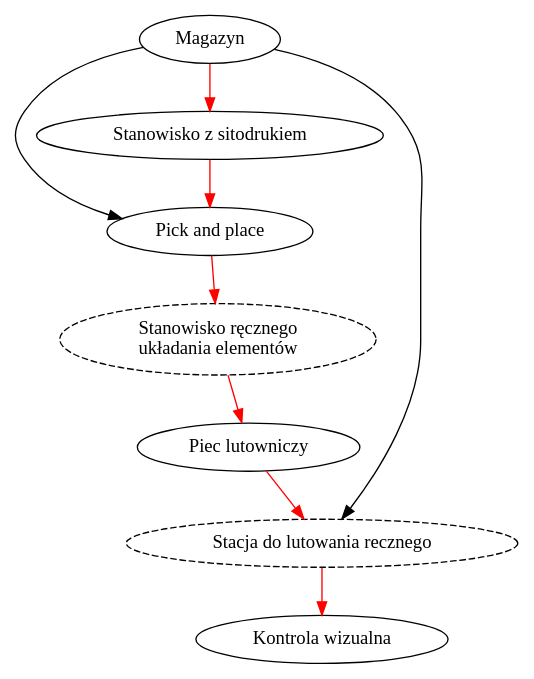
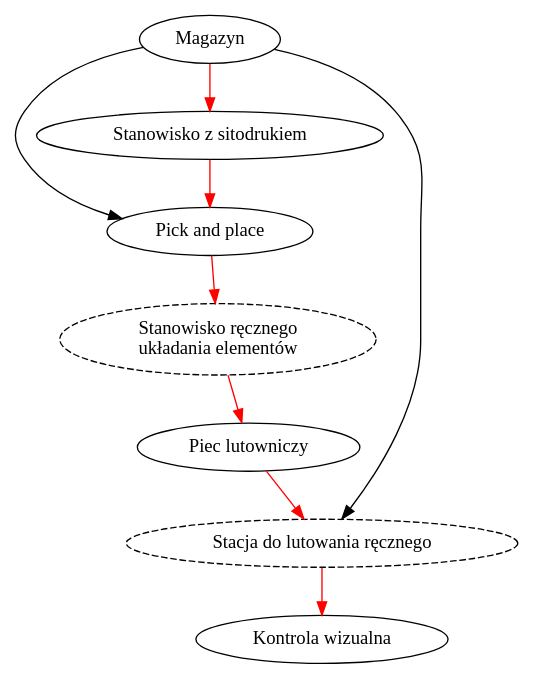
The diagram in chapters/chapter2/flow_work.pu (gumikola/master-thesis-doc), drawn with PlantUML before and after one commit. The commit also changed 10 other files, not shown here.

```diff
--- a/chapters/chapter2/flow_work.pu
+++ b/chapters/chapter2/flow_work.pu
@@ -1,15 +1,15 @@
 @startuml flow_work
 digraph G {
     mag [label="Magazyn"]
     pp [label="Pick and place"]
     recz [label="Stanowisko ręcznego\nukładania elementów", style=dashed]
     sito [label="Stanowisko z sitodrukiem"]
     piec [label="Piec lutowniczy"]
-    stacja [label="Stacja do lutowania recznego", style=dashed]
+    stacja [label="Stacja do lutowania ręcznego", style=dashed]
     kon [label="Kontrola wizualna"]
 
     mag -> sito ->pp -> recz -> piec -> stacja -> kon [color=red]
     mag -> stacja
     mag -> pp
 }
 @enduml
```
